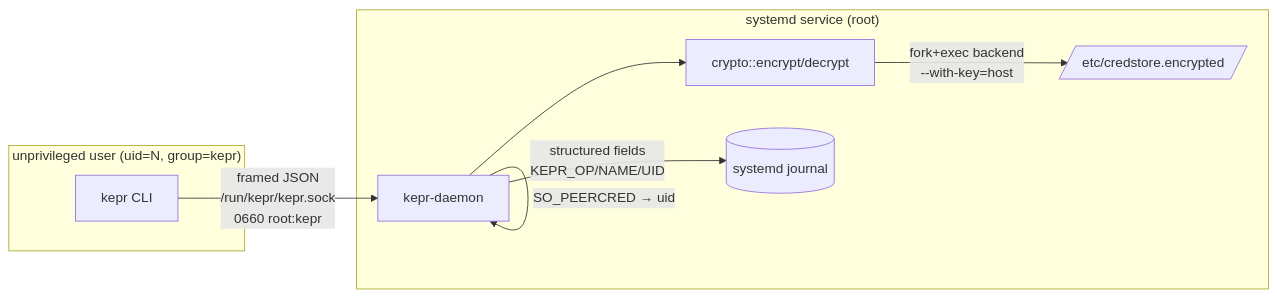
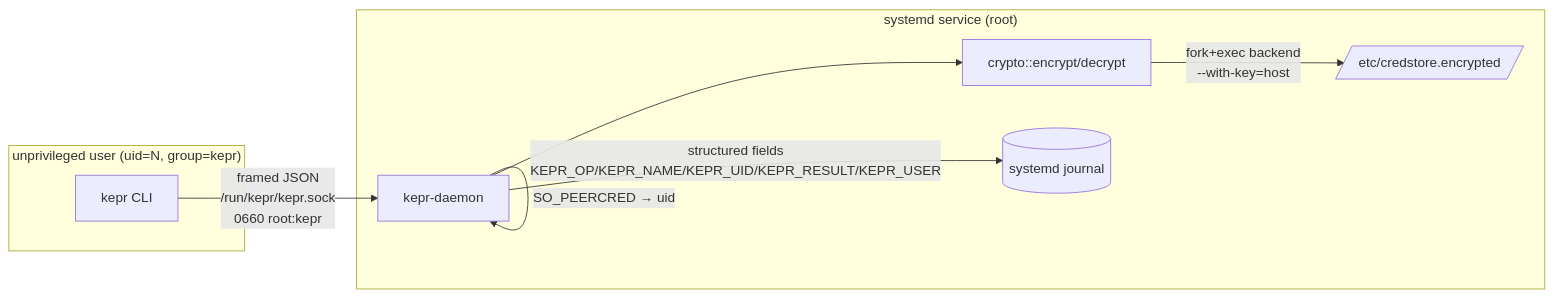
Before and after one commit to justdoGIT/kepr: the first of 7 diagrams in DOCS.md, drawn with Mermaid. The commit also changed 3 other files, not shown here.

First line of the commit message:
docs: fix KEPR_* field names in diagrams and issue template placeholder

````diff
--- a/DOCS.md
+++ b/DOCS.md
@@ -27,17 +27,17 @@
 ```mermaid
 flowchart LR
     subgraph User["unprivileged user (uid=N, group=kepr)"]
         CLI[kepr CLI]
     end
     subgraph Root["systemd service (root)"]
         D[kepr-daemon]
         C[crypto::encrypt/decrypt]
         S[/etc/credstore.encrypted/]
         J[(systemd journal)]
     end
     CLI -- "framed JSON\n/run/kepr/kepr.sock\n0660 root:kepr" --> D
     D -- "SO_PEERCRED → uid" --> D
     D --> C
     C -- "fork+exec backend\n--with-key=host" --> S
-    D -- "structured fields\nKEPR_OP/NAME/UID" --> J
+    D -- "structured fields\nKEPR_OP/KEPR_NAME/KEPR_UID/KEPR_RESULT/KEPR_USER" --> J
 ```
````
